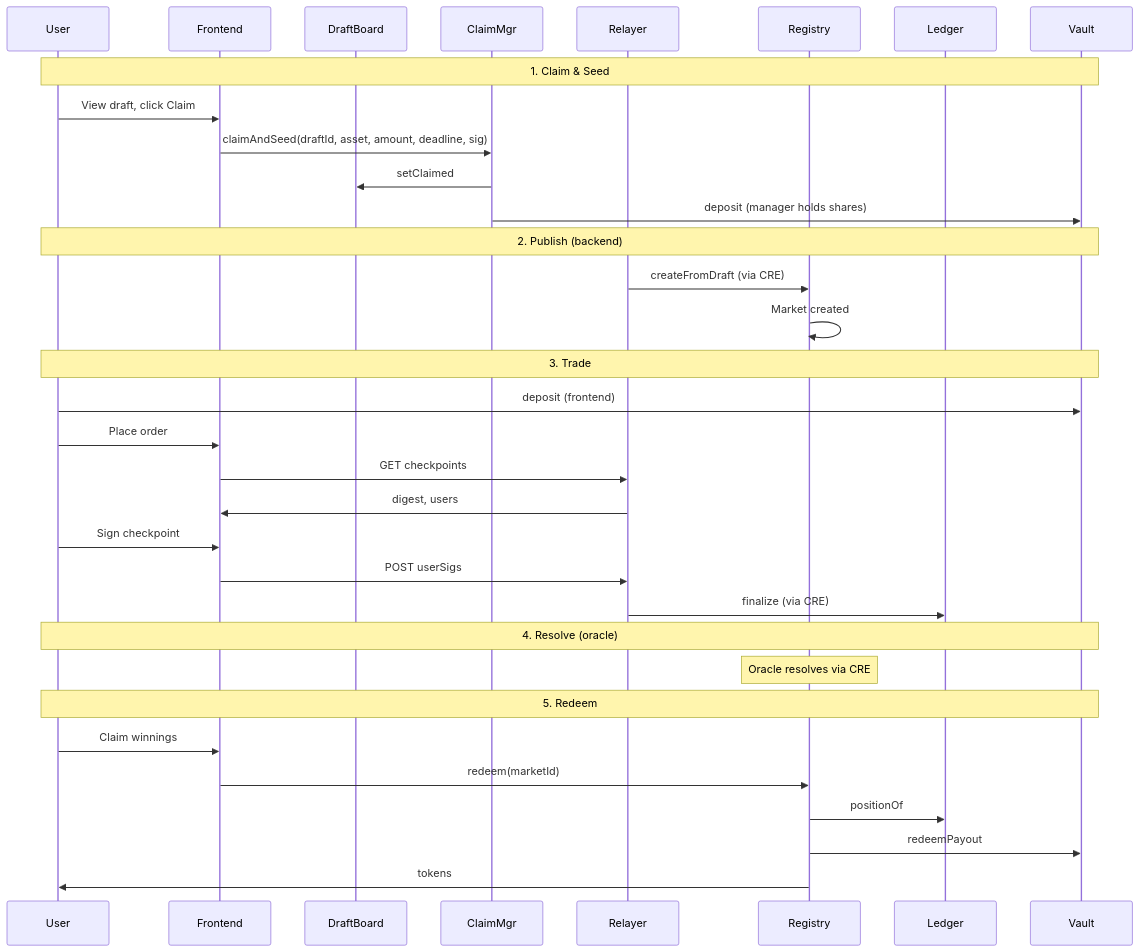
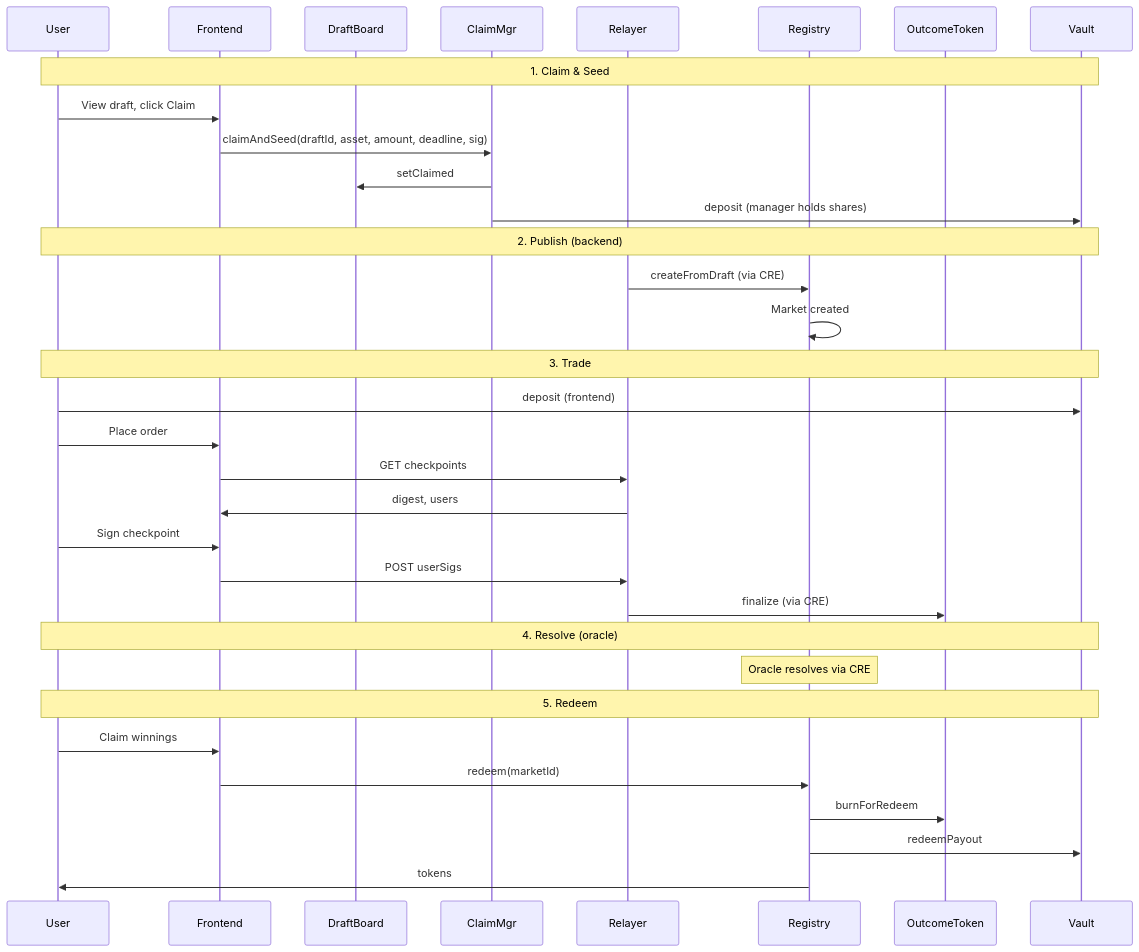
The third of 4 diagrams in docs/abi/docs/frontend/Frontend.md (mAsyamJ/ShadowPool), drawn with Mermaid before and after one commit. The commit also changed other lines of this file and 94 other files, not shown here.

````diff
--- a/docs/abi/docs/frontend/Frontend.md
+++ b/docs/abi/docs/frontend/Frontend.md
@@ -413,40 +420,40 @@
 ```mermaid
 sequenceDiagram
     participant User
     participant Frontend
     participant DraftBoard
     participant ClaimMgr
     participant Relayer
     participant Registry
-    participant Ledger
+    participant OutcomeToken
     participant Vault
 
     Note over User,Vault: 1. Claim & Seed
     User->>Frontend: View draft, click Claim
     Frontend->>ClaimMgr: claimAndSeed(draftId, asset, amount, deadline, sig)
     ClaimMgr->>DraftBoard: setClaimed
     ClaimMgr->>Vault: deposit (manager holds shares)
 
     Note over User,Vault: 2. Publish (backend)
     Relayer->>Registry: createFromDraft (via CRE)
     Registry->>Registry: Market created
 
     Note over User,Vault: 3. Trade
     User->>Vault: deposit (frontend)
     User->>Frontend: Place order
     Frontend->>Relayer: GET checkpoints
     Relayer->>Frontend: digest, users
     User->>Frontend: Sign checkpoint
     Frontend->>Relayer: POST userSigs
-    Relayer->>Ledger: finalize (via CRE)
+    Relayer->>OutcomeToken: finalize (via CRE)
 
     Note over User,Vault: 4. Resolve (oracle)
     Note over Registry: Oracle resolves via CRE
 
     Note over User,Vault: 5. Redeem
     User->>Frontend: Claim winnings
     Frontend->>Registry: redeem(marketId)
-    Registry->>Ledger: positionOf
+    Registry->>OutcomeToken: burnForRedeem
     Registry->>Vault: redeemPayout
     Registry->>User: tokens
 ```
````
